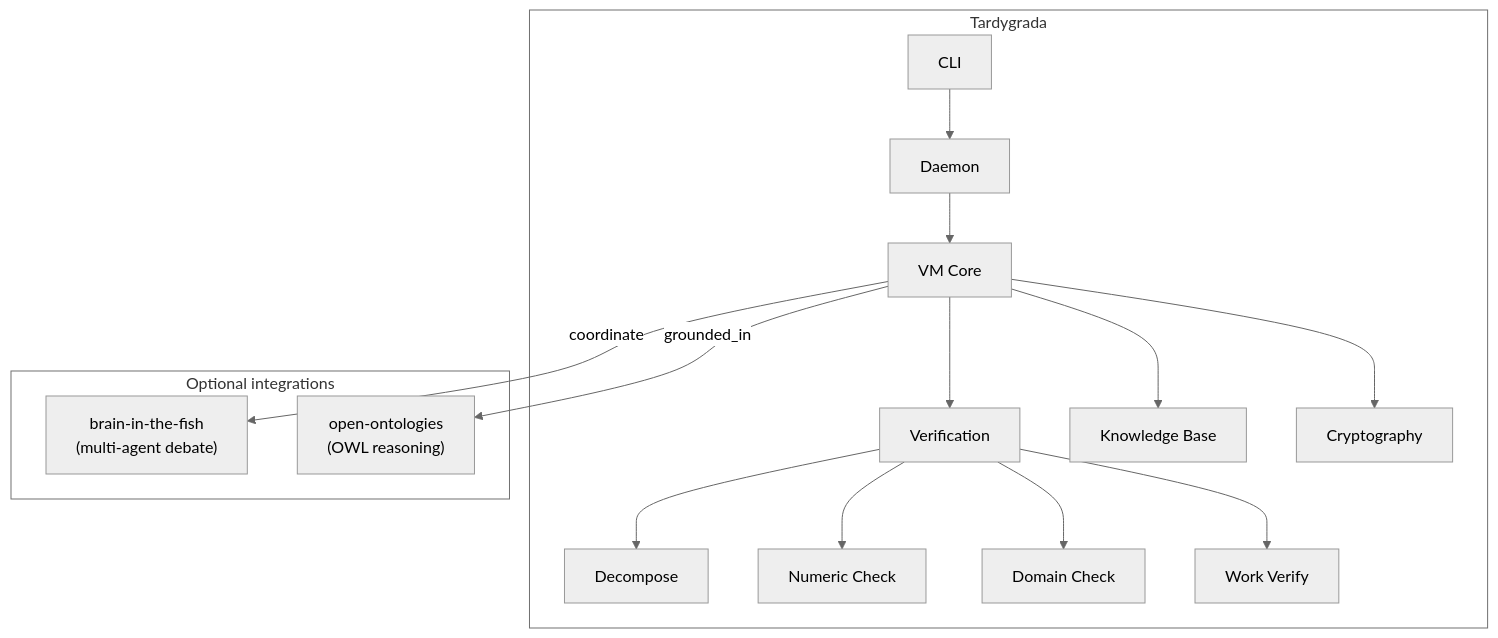
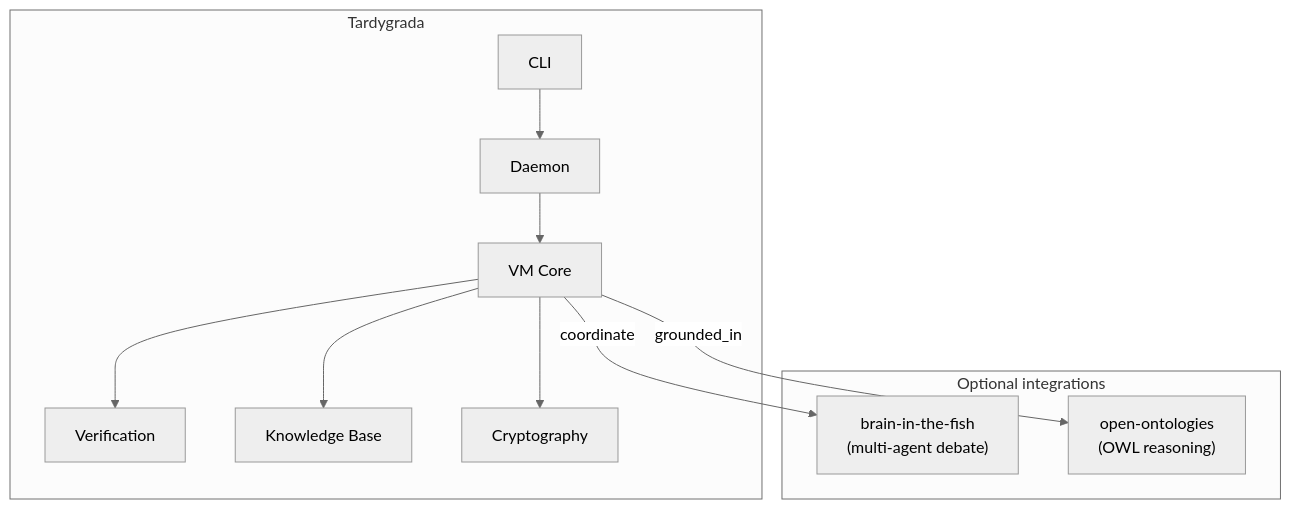
Before and after one commit to fabio-rovai/tardygrada: the third of 3 diagrams in README.md, drawn with Mermaid (neutral theme). The commit also changed other lines of this file and 20 other files, not shown here.

````diff
--- a/README.md
+++ b/README.md
@@ -269,25 +171,18 @@
 ```mermaid
 graph TB
     subgraph Tardygrada["Tardygrada"]
         CLI_CMD["CLI"] --> DAEMON_S["Daemon"]
         DAEMON_S --> VM["VM Core"]
         VM --> VERIFY_S["Verification"]
         VM --> ONTO["Knowledge Base"]
         VM --> CRYPTO_S["Cryptography"]
-        VERIFY_S --> DECOMP_S["Decompose"]
-        VERIFY_S --> NUMERIC_S["Numeric Check"]
-        VERIFY_S --> DOMAIN_S["Domain Check"]
-        VERIFY_S --> WORK_S["Work Verify"]
     end
 
     subgraph External["Optional integrations"]
         BITF["brain-in-the-fish<br>(multi-agent debate)"]
         OO["open-ontologies<br>(OWL reasoning)"]
     end
 
     VM -- "coordinate" --> BITF
     VM -- "grounded_in" --> OO
-
-    style Tardygrada fill:transparent
-    style External fill:transparent
 ```
````
